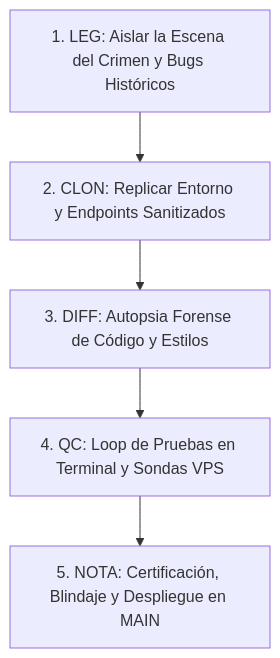
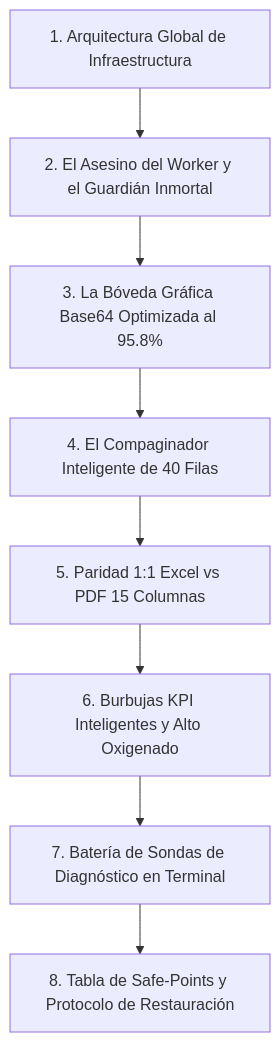
One commit to RichGutz/Inandes.ERP.React changed the diagram in Obsidian/Inandes.Factoring.React/BENOIT_BLANC_RECUPERA_PDF_BELLOS.NO.SHARING.VIOL.md. Above: the diagram before and after it, drawn with Mermaid. The commit also changed other lines of this file, not shown here.

Commit message:
docs: manual maestro definitivo Benoit Blanc para generacion de reportes PDF (infraestructura, scripts, sondas y paridad)

````diff
--- a/Obsidian/Inandes.Factoring.React/BENOIT_BLANC_RECUPERA_PDF_BELLOS.NO.SHARING.VIOL.md
+++ b/Obsidian/Inandes.Factoring.React/BENOIT_BLANC_RECUPERA_PDF_BELLOS.NO.SHARING.VIOL.md
@@ -31,7 +21,10 @@
 ```mermaid
 graph TD
-    A[1. LEG: Aislar la Escena del Crimen y Bugs Históricos] --> B[2. CLON: Replicar Entorno y Endpoints Sanitizados]
-    B --> C[3. DIFF: Autopsia Forense de Código y Estilos]
-    C --> D[4. QC: Loop de Pruebas en Terminal y Sondas VPS]
-    D --> E[5. NOTA: Certificación, Blindaje y Despliegue en MAIN]
+    A[1. Arquitectura Global de Infraestructura] --> B[2. El Asesino del Worker y el Guardián Inmortal]
+    B --> C[3. La Bóveda Gráfica Base64 Optimizada al 95.8%]
+    C --> D[4. El Compaginador Inteligente de 40 Filas]
+    D --> E[5. Paridad 1:1 Excel vs PDF 15 Columnas]
+    E --> F[6. Burbujas KPI Inteligentes y Alto Oxigenado]
+    F --> G[7. Batería de Sondas de Diagnóstico en Terminal]
+    G --> H[8. Tabla de Safe-Points y Protocolo de Restauración]
 ```
````
